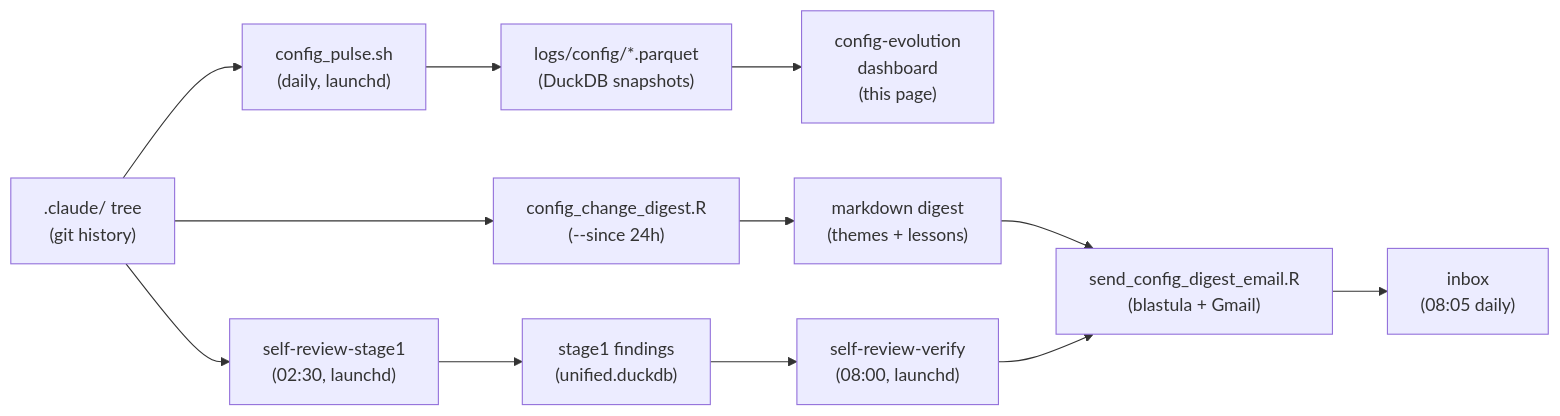
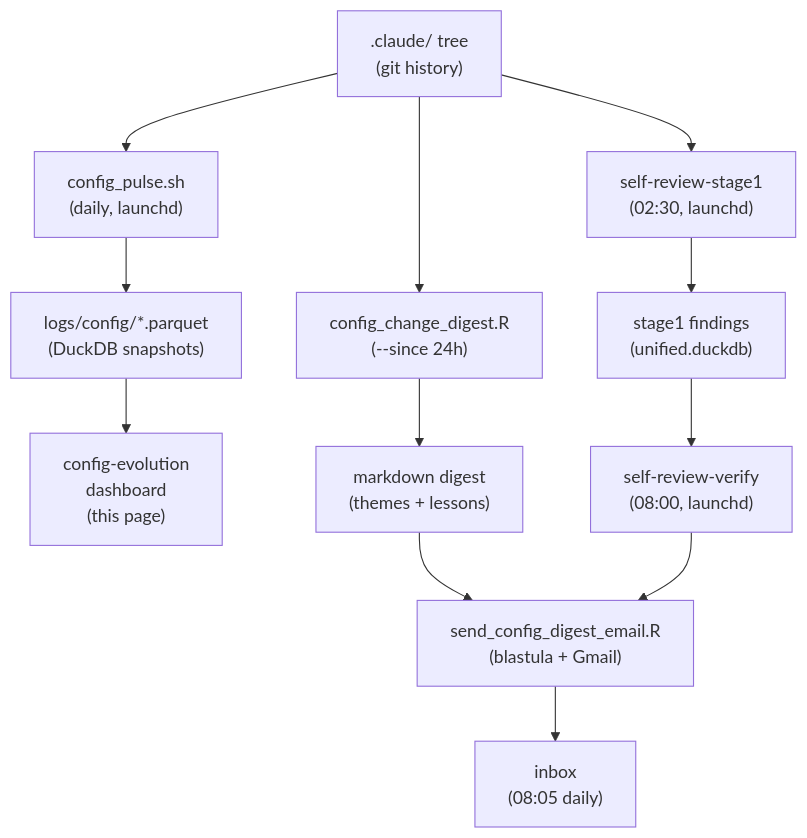
The diagram in vignettes/config-evolution/architecture.qmd (JohnGavin/llm), drawn with Mermaid before and after one commit. The commit also changed 10 other files, not shown here.

````diff
--- a/vignettes/config-evolution/architecture.qmd
+++ b/vignettes/config-evolution/architecture.qmd
@@ -33,23 +33,30 @@
 ```{mermaid}
-flowchart LR
+%%| fig-cap: >
+%%|   This diagram traces the two pipelines that turn the `.claude/` git
+%%|   history into observable output. The pulse pipeline (top) runs
+%%|   config_pulse.sh daily, writes Parquet snapshots, and feeds this
+%%|   dashboard. The digest pipeline (bottom) runs config_change_digest.R,
+%%|   sends a markdown summary by email, and is cross-checked by an
+%%|   overnight self-review chain before delivery.
+flowchart TB
     A[".claude/ tree\n(git history)"] --> B["config_pulse.sh\n(daily, launchd)"]
     B --> C["logs/config/*.parquet\n(DuckDB snapshots)"]
     C --> D["config-evolution\ndashboard\n(this page)"]
 
     A --> E["config_change_digest.R\n(--since 24h)"]
     E --> F["markdown digest\n(themes + lessons)"]
     F --> G["send_config_digest_email.R\n(blastula + Gmail)"]
     G --> H["inbox\n(08:05 daily)"]
 
     A --> I["self-review-stage1\n(02:30, launchd)"]
     I --> J["stage1 findings\n(unified.duckdb)"]
     J --> K["self-review-verify\n(08:00, launchd)"]
     K --> G
 
     click B "https://github.com/JohnGavin/llm/blob/main/.claude/scripts/config_pulse.sh#L15" "config_pulse.sh — writes daily Parquet to logs/config/"
     click C "https://github.com/JohnGavin/llm/blob/main/.claude/scripts/config_pulse.sh#L168" "config_pulse.sh — DuckDB COPY converts CSV to Parquet"
     click E "https://github.com/JohnGavin/llm/blob/main/.claude/scripts/config_change_digest.R#L102" "config_change_digest.R — git log --numstat grouped by category"
     click G "https://github.com/JohnGavin/llm/blob/main/.claude/scripts/send_config_digest_email.R#L386" "send_config_digest_email.R — smtp_send via Gmail creds"
     click I "https://github.com/JohnGavin/llm/blob/main/.claude/launchd/com.claude.self-review-stage1.plist#L1" "self-review-stage1 launchd plist (02:30)"
     click K "https://github.com/JohnGavin/llm/blob/main/.claude/launchd/com.claude.self-review-verify.plist#L1" "self-review-verify launchd plist (08:00)"
 ```
````
